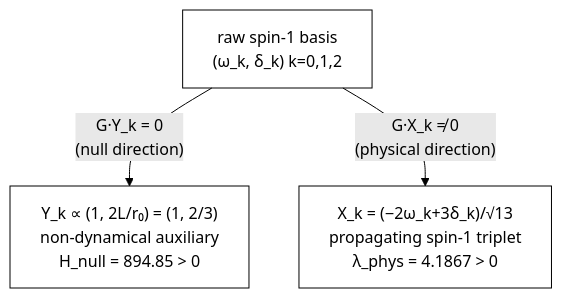
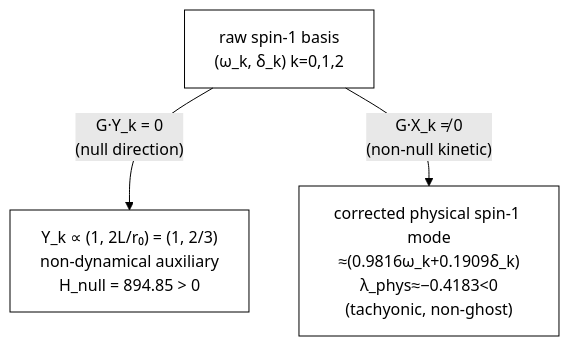
Before and after one commit to Muacca/DPPUv2-paper03: the diagram in DPPUv2-paper03_sec05.md, drawn with Mermaid (forest theme). The commit also changed other lines of this file and 204 other files, not shown here.

````diff
--- a/DPPUv2-paper03_sec05.md
+++ b/DPPUv2-paper03_sec05.md
@@ -77,9 +91,9 @@
 ```mermaid
 flowchart TD
     raw["raw spin-1 basis<br/>(ω_k, δ_k)   k=0,1,2"]
 
     raw -->|"G·Y_k = 0<br/>(null direction)"| Yk["Y_k ∝ (1, 2L/r₀) = (1, 2/3)<br/>non-dynamical auxiliary<br/>H_null = 894.85 > 0"]
-    raw -->|"G·X_k ≠ 0<br/>(physical direction)"| Xk["X_k = (−2ω_k+3δ_k)/√13<br/>propagating spin-1 triplet<br/>λ_phys = 4.1867 > 0"]
+    raw -->|"G·X_k ≠ 0<br/>(non-null kinetic)"| Xk["corrected physical spin-1 mode<br/>≈(0.9816ω_k+0.1909δ_k)<br/>λ_phys≈−0.4183<0<br/>(tachyonic, non-ghost)"]
 
     classDef default fill:none,stroke:black
 ```
````
